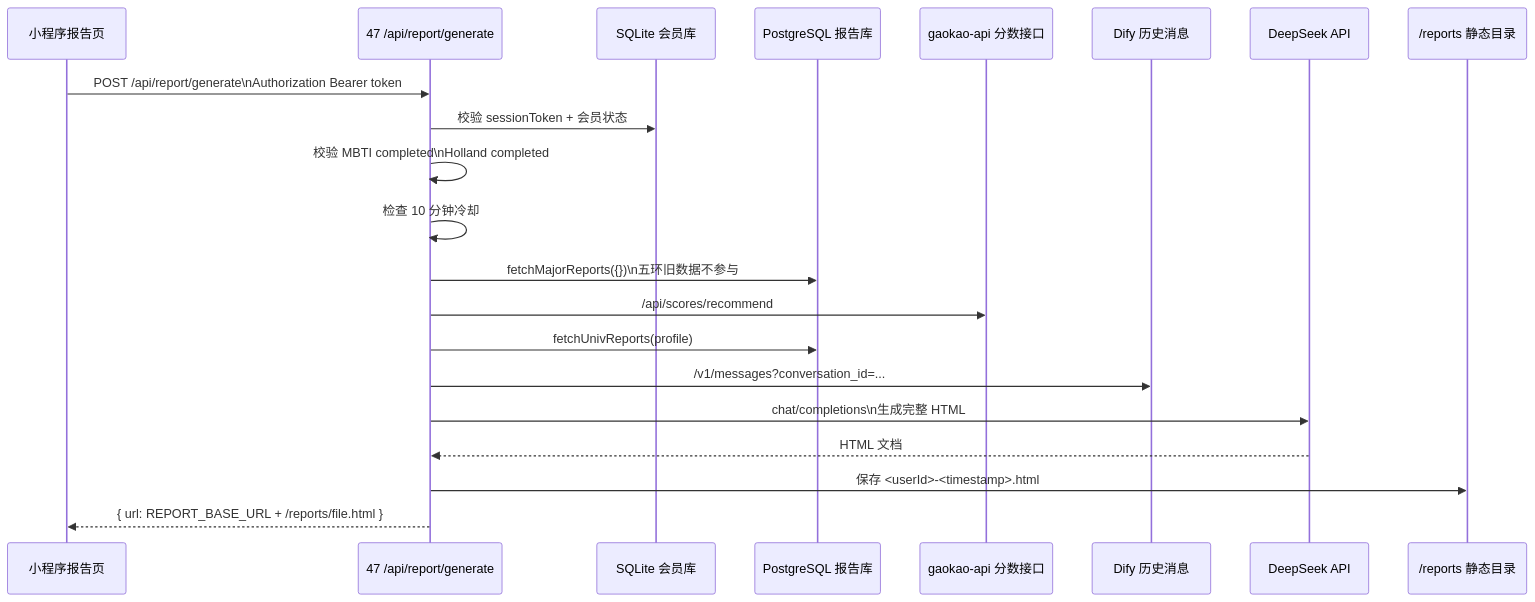
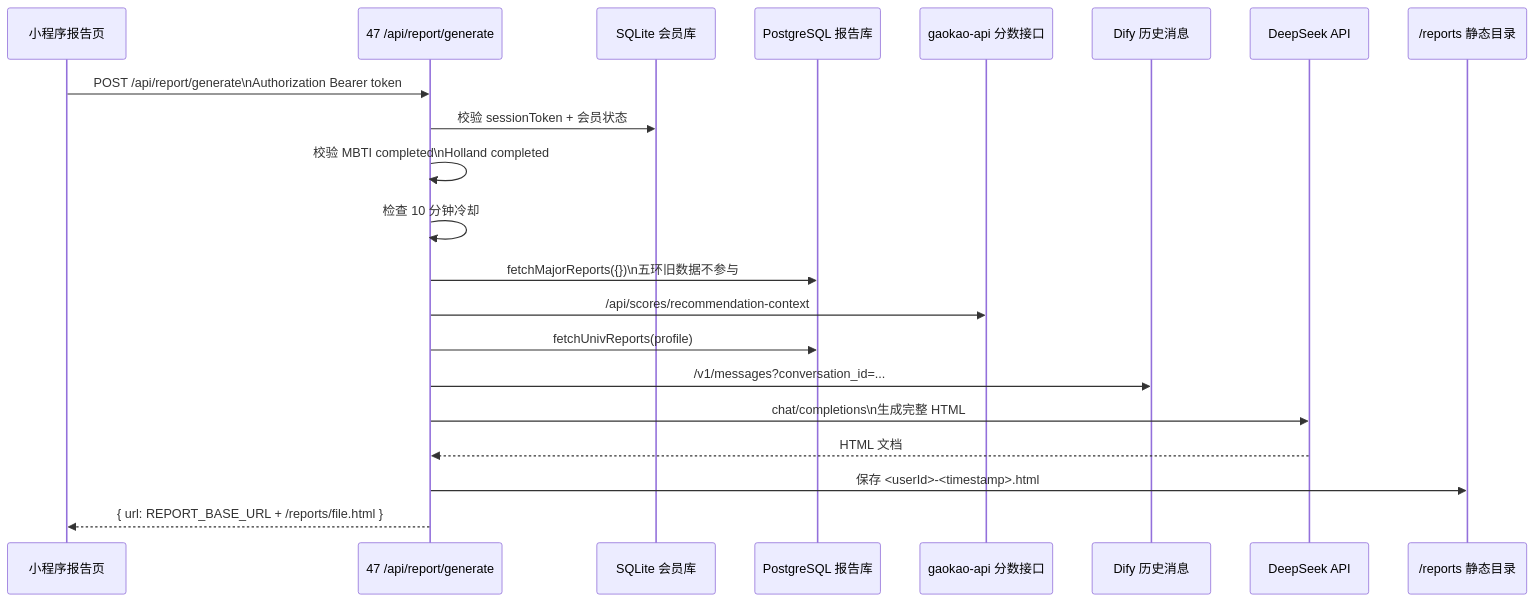
The seventh of 10 diagrams in docs/miniprogram-call-chain-visual.md (hrj-11055/gaokao-zhiyuan-agents), drawn with Mermaid before and after one commit. The commit also changed other lines of this file and 75 other files, not shown here.

````diff
--- a/docs/miniprogram-call-chain-visual.md
+++ b/docs/miniprogram-call-chain-visual.md
@@ -253,24 +254,24 @@
 ```mermaid
 sequenceDiagram
   participant MP as 小程序报告页
   participant Proxy as 47 /api/report/generate
   participant Commerce as SQLite 会员库
   participant Pg as PostgreSQL 报告库
   participant Score as gaokao-api 分数接口
   participant Dify as Dify 历史消息
   participant DeepSeek as DeepSeek API
   participant Files as /reports 静态目录
 
   MP->>Proxy: POST /api/report/generate\nAuthorization Bearer token
   Proxy->>Commerce: 校验 sessionToken + 会员状态
   Proxy->>Proxy: 校验 MBTI completed\nHolland completed
   Proxy->>Proxy: 检查 10 分钟冷却
   Proxy->>Pg: fetchMajorReports({})\n五环旧数据不参与
-  Proxy->>Score: /api/scores/recommend
+  Proxy->>Score: /api/scores/recommendation-context
   Proxy->>Pg: fetchUnivReports(profile)
   Proxy->>Dify: /v1/messages?conversation_id=...
   Proxy->>DeepSeek: chat/completions\n生成完整 HTML
   DeepSeek-->>Proxy: HTML 文档
   Proxy->>Files: 保存 <userId>-<timestamp>.html
   Proxy-->>MP: { url: REPORT_BASE_URL + /reports/file.html }
 ```
````
